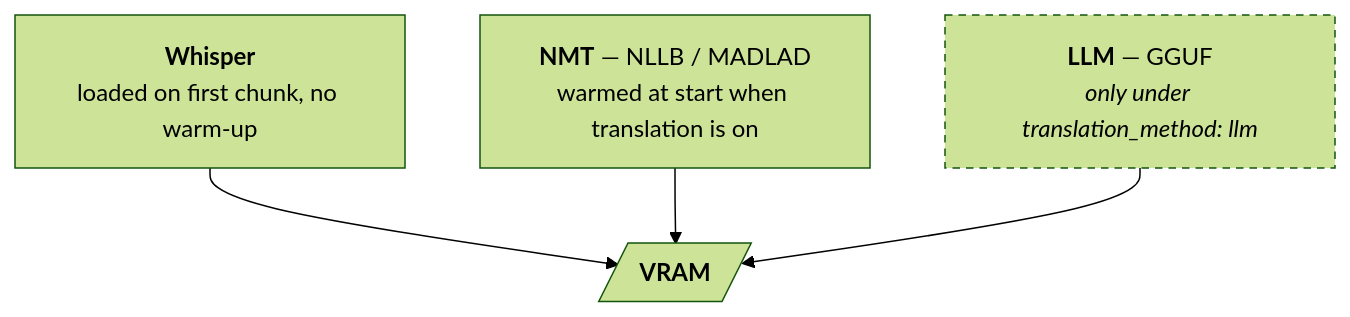
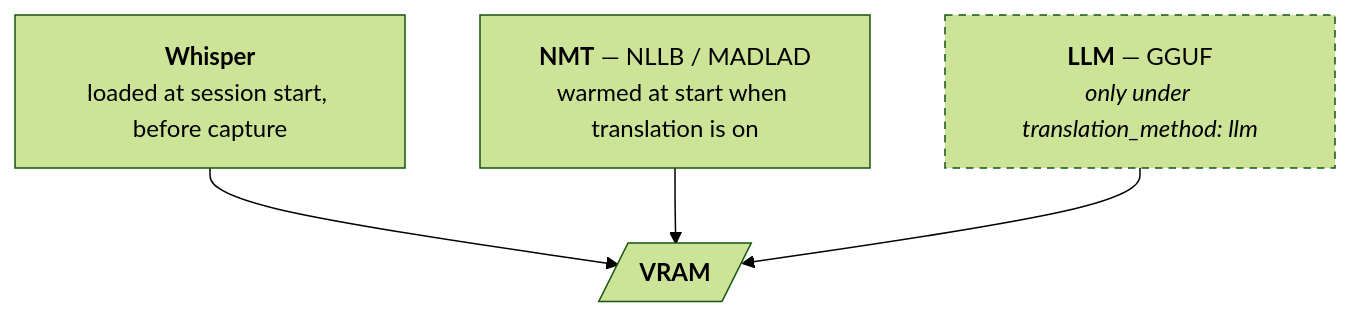
Before and after one commit to ChurchPresenter/STT: the fifth of 12 diagrams in PIPELINE.md, drawn with Mermaid (forest theme). The commit also changed other lines of this file, not shown here.

````diff
--- a/PIPELINE.md
+++ b/PIPELINE.md
@@ -210,14 +227,14 @@
 ```mermaid
 flowchart TD
-    WSPM["<b>Whisper</b><br/>loaded on first chunk, no warm-up"]
+    WSPM["<b>Whisper</b><br/>loaded at session start, before capture"]
     NMT["<b>NMT</b> — NLLB / MADLAD<br/>warmed at start when translation is on"]
     LLM["<b>LLM</b> — GGUF<br/><i>only under translation_method: llm</i>"]
     VRAM[/"<b>VRAM</b>"/]
 
     WSPM --> VRAM
     NMT --> VRAM
     LLM --> VRAM
 
     classDef optin stroke-dasharray:5 4;
     class LLM optin;
 ```
````
